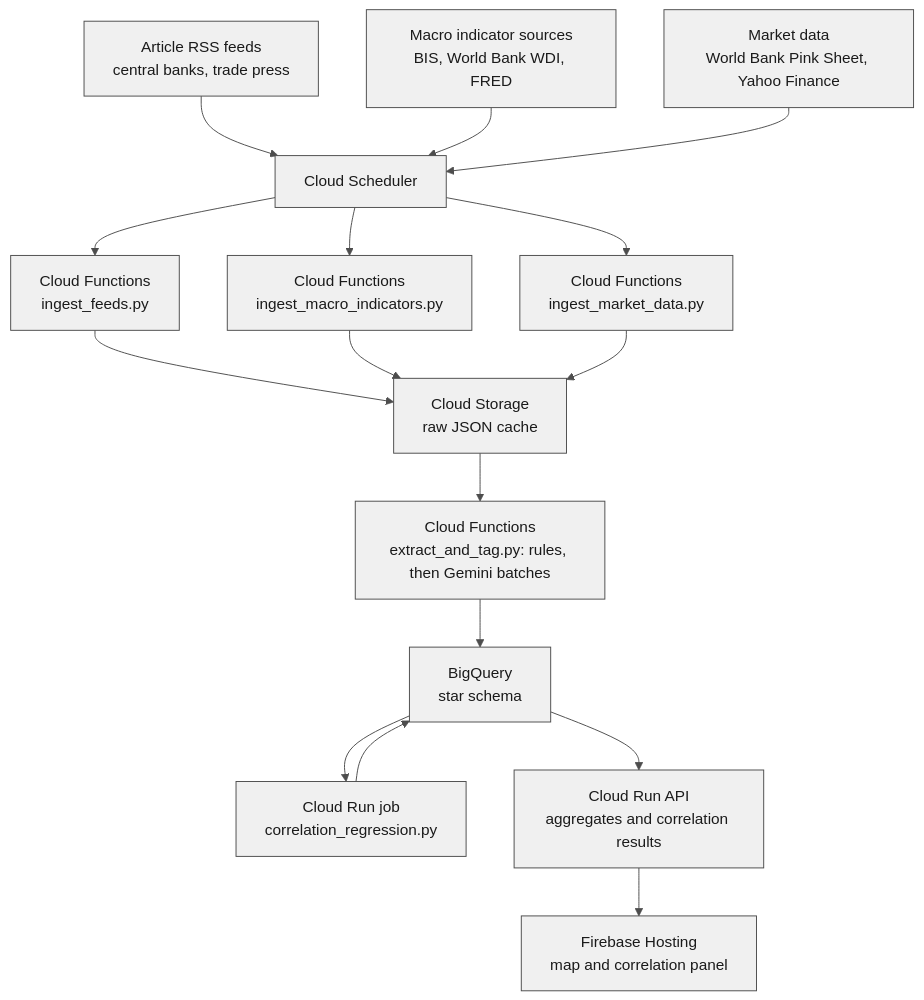
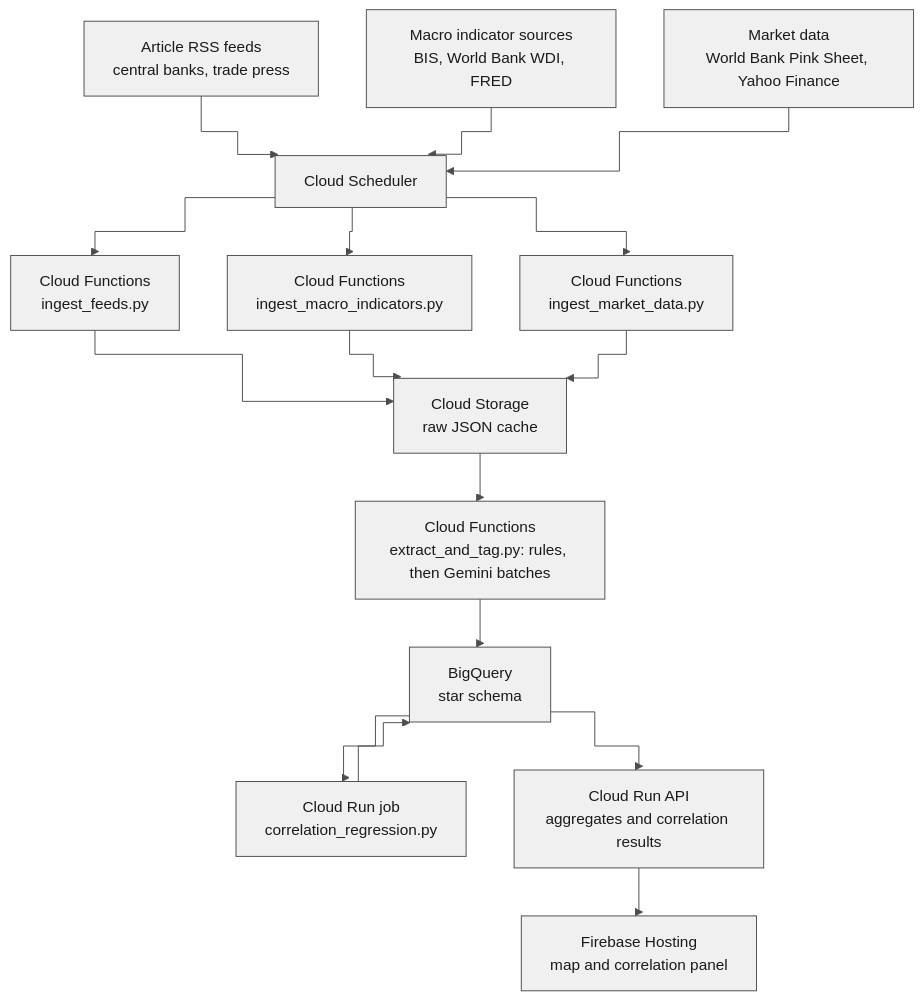
The first of 3 diagrams in README.md (bakuncwa/mp-commodities-corr), drawn with Mermaid before and after one commit. The commit also changed other lines of this file, not shown here.

Commit message:
Right-angled flowchart edges

````diff
--- a/README.md
+++ b/README.md
@@ -37,26 +37,26 @@
 ```mermaid
-%%{init: {'theme': 'base', 'themeVariables': { 'primaryColor': '#f0f0f0', 'primaryBorderColor': '#4d4d4d', 'primaryTextColor': '#1a1a1a', 'lineColor': '#4d4d4d', 'secondaryColor': '#e0e0e0', 'tertiaryColor': '#ffffff' }}}%%
+%%{init: {'theme': 'base', 'flowchart': {'curve': 'step'}, 'themeVariables': { 'primaryColor': '#f0f0f0', 'primaryBorderColor': '#4d4d4d', 'primaryTextColor': '#1a1a1a', 'lineColor': '#4d4d4d', 'secondaryColor': '#e0e0e0', 'tertiaryColor': '#ffffff' }}}%%
 flowchart TD
     A1["Article RSS feeds<br/>central banks, trade press"]
     A2["Macro indicator sources<br/>BIS, World Bank WDI, FRED"]
     A3["Market data<br/>World Bank Pink Sheet, Yahoo Finance"]
     B["Cloud Scheduler"]
     C1["Cloud Functions<br/>ingest_feeds.py"]
     C2["Cloud Functions<br/>ingest_macro_indicators.py"]
     C3["Cloud Functions<br/>ingest_market_data.py"]
     D["Cloud Storage<br/>raw JSON cache"]
     E["Cloud Functions<br/>extract_and_tag.py: rules, then Gemini batches"]
     F["BigQuery<br/>star schema"]
     G["Cloud Run job<br/>correlation_regression.py"]
     H["Cloud Run API<br/>aggregates and correlation results"]
     I["Firebase Hosting<br/>map and correlation panel"]
 
     A1 --> B
     A2 --> B
     A3 --> B
     B --> C1 --> D --> E --> F
     B --> C2 --> D
     B --> C3 --> D
     F --> G --> F
     F --> H --> I
 ```
````
